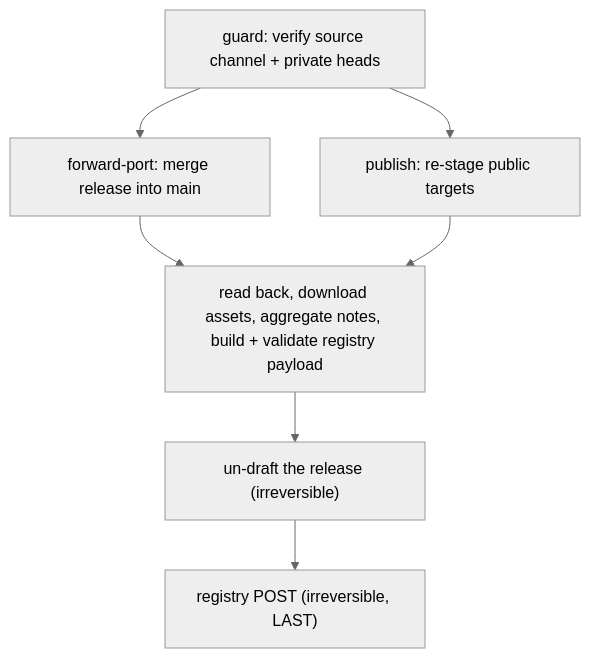
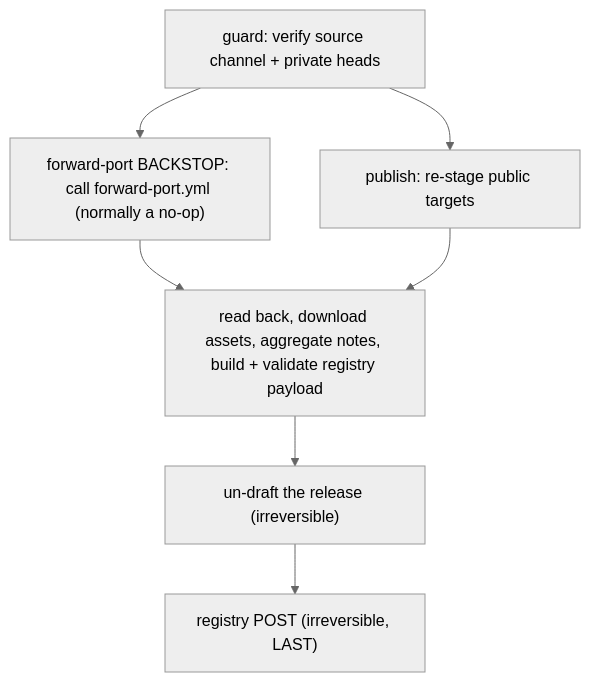
Before and after one commit to mistersilver-uk/fabricate: the third of 3 diagrams in CONTRIBUTING.md, drawn with Mermaid (neutral theme). The commit also changed other lines of this file and 9 other files, not shown here.

Commit message:
ci(#1001): decouple the forward-port from the release promotion (#1007)

````diff
--- a/CONTRIBUTING.md
+++ b/CONTRIBUTING.md
@@ -120,9 +123,9 @@
 ```mermaid
 flowchart TD
-  guard["guard: verify source channel + private heads"] --> fp["forward-port: merge release into main"]
+  guard["guard: verify source channel + private heads"] --> fp["forward-port BACKSTOP: call forward-port.yml (normally a no-op)"]
   guard --> publish["publish: re-stage public targets"]
   fp --> final["read back, download assets, aggregate notes, build + validate registry payload"]
   publish --> final
   final --> undraft["un-draft the release (irreversible)"]
   undraft --> registry["registry POST (irreversible, LAST)"]
 ```
````
